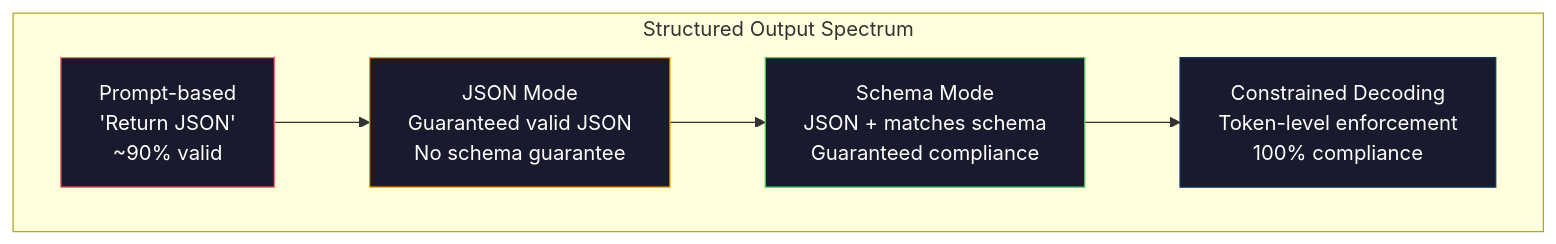
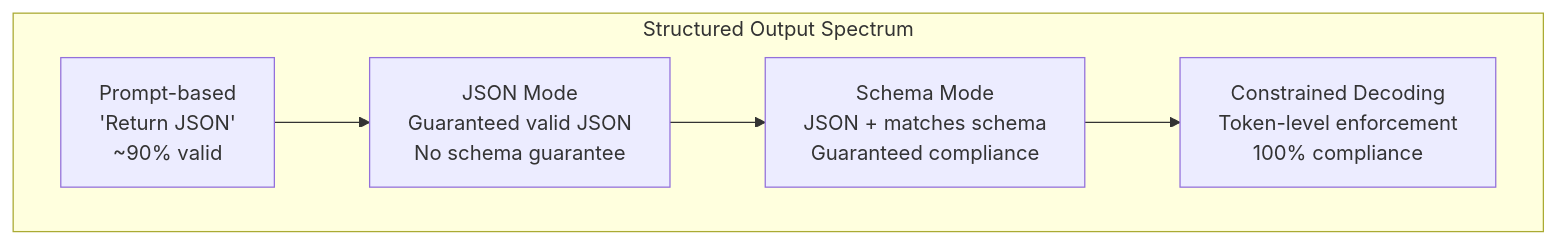
Before and after one commit to rohitg00/ai-engineering-from-scratch: the diagram in phases/11-llm-engineering/03-structured-outputs/docs/en.md, drawn with Mermaid. The commit also changed other lines of this file and 1935 other files, not shown here.

````diff
--- a/phases/11-llm-engineering/03-structured-outputs/docs/en.md
+++ b/phases/11-llm-engineering/03-structured-outputs/docs/en.md
@@ -38,14 +38,17 @@
 ```mermaid
 graph LR
     subgraph Spectrum["Structured Output Spectrum"]
         direction LR
-        A["Prompt-based\n'Return JSON'\n~90% valid"] --> B["JSON Mode\nGuaranteed valid JSON\nNo schema guarantee"]
-        B --> C["Schema Mode\nJSON + matches schema\nGuaranteed compliance"]
-        C --> D["Constrained Decoding\nToken-level enforcement\n100% compliance"]
+        A["Prompt-based
+'Return JSON'
+~90% valid"] --> B["JSON Mode
+Guaranteed valid JSON
+No schema guarantee"]
+        B --> C["Schema Mode
+JSON + matches schema
+Guaranteed compliance"]
+        C --> D["Constrained Decoding
+Token-level enforcement
+100% compliance"]
     end
-
-    style A fill:#1a1a2e,stroke:#ff6b6b,color:#fff
-    style B fill:#1a1a2e,stroke:#ffa500,color:#fff
-    style C fill:#1a1a2e,stroke:#51cf66,color:#fff
-    style D fill:#1a1a2e,stroke:#0f3460,color:#fff
 ```
````
